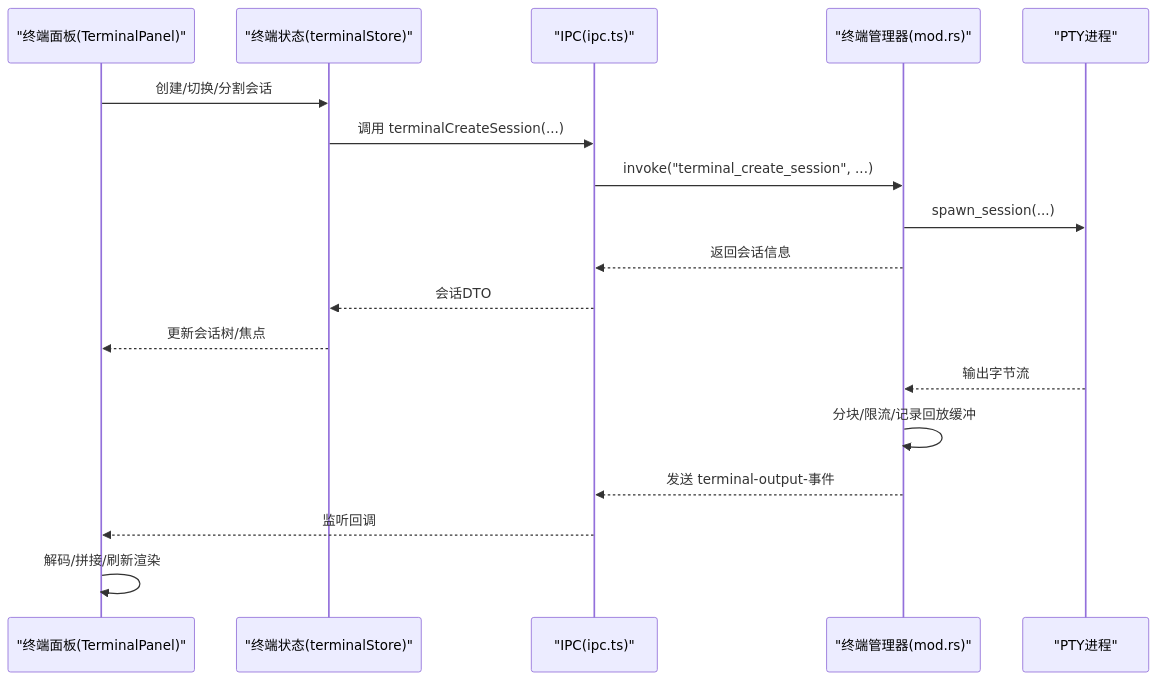
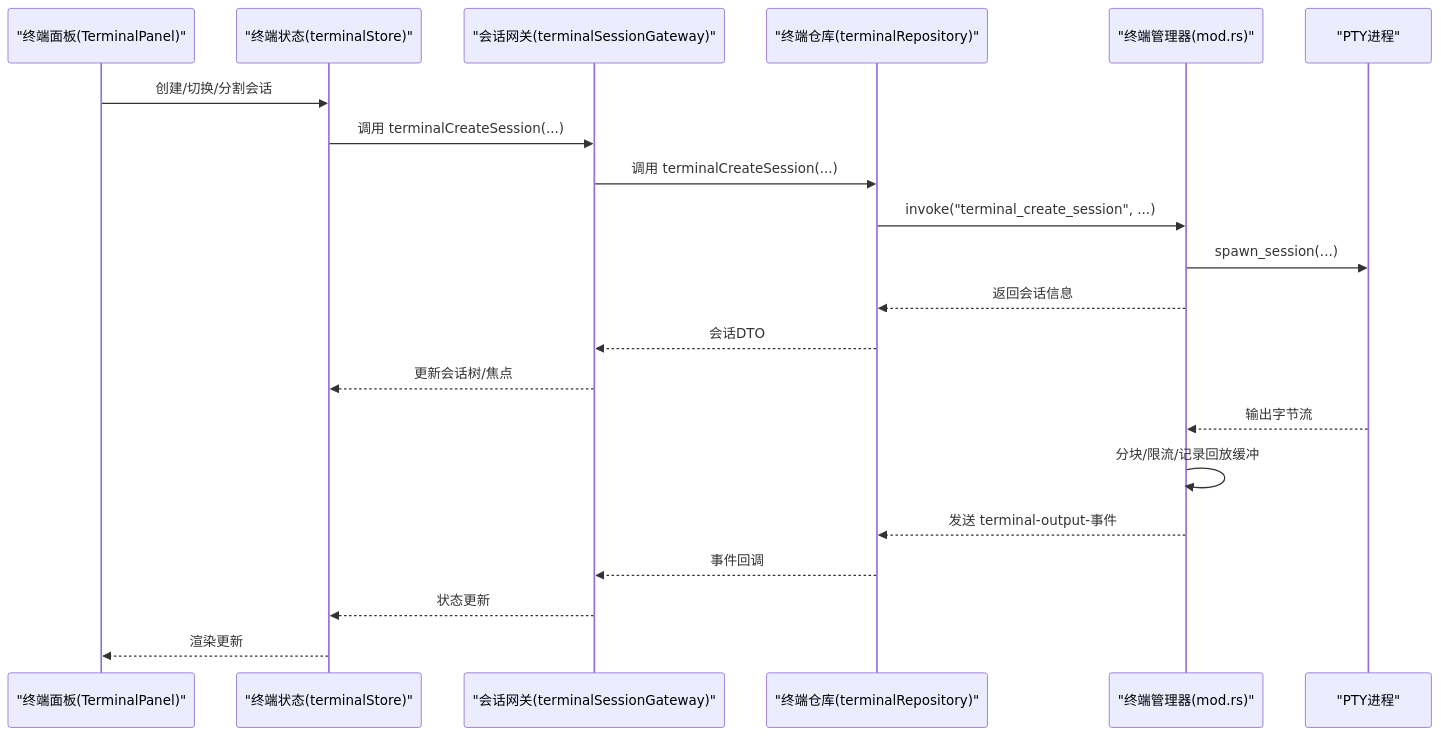
Before and after one commit to yattin/panes: the second of 7 diagrams in .qoder/repowiki/zh/content/核心功能/终端集成.md, drawn with Mermaid. The commit also changed other lines of this file and 45 other files, not shown here.

````diff
--- a/.qoder/repowiki/zh/content/核心功能/终端集成.md
+++ b/.qoder/repowiki/zh/content/核心功能/终端集成.md
@@ -107,20 +143,23 @@
 ```mermaid
 sequenceDiagram
 participant UI as "终端面板(TerminalPanel)"
 participant Store as "终端状态(terminalStore)"
-participant IPC as "IPC(ipc.ts)"
+participant Gateway as "会话网关(terminalSessionGateway)"
+participant Repo as "终端仓库(terminalRepository)"
 participant TM as "终端管理器(mod.rs)"
 participant PTY as "PTY进程"
 UI->>Store : 创建/切换/分割会话
-Store->>IPC : 调用 terminalCreateSession(...)
-IPC->>TM : invoke("terminal_create_session", ...)
+Store->>Gateway : 调用 terminalCreateSession(...)
+Gateway->>Repo : 调用 terminalCreateSession(...)
+Repo->>TM : invoke("terminal_create_session", ...)
 TM->>PTY : spawn_session(...)
-TM-->>IPC : 返回会话信息
-IPC-->>Store : 会话DTO
-Store-->>UI : 更新会话树/焦点
+TM-->>Repo : 返回会话信息
+Repo-->>Gateway : 会话DTO
+Gateway-->>Store : 更新会话树/焦点
 PTY-->>TM : 输出字节流
 TM->>TM : 分块/限流/记录回放缓冲
-TM-->>IPC : 发送 terminal-output-事件
-IPC-->>UI : 监听回调
-UI->>UI : 解码/拼接/刷新渲染
+TM-->>Repo : 发送 terminal-output-事件
+Repo-->>Gateway : 事件回调
+Gateway-->>Store : 状态更新
+Store-->>UI : 渲染更新
 ```
````
